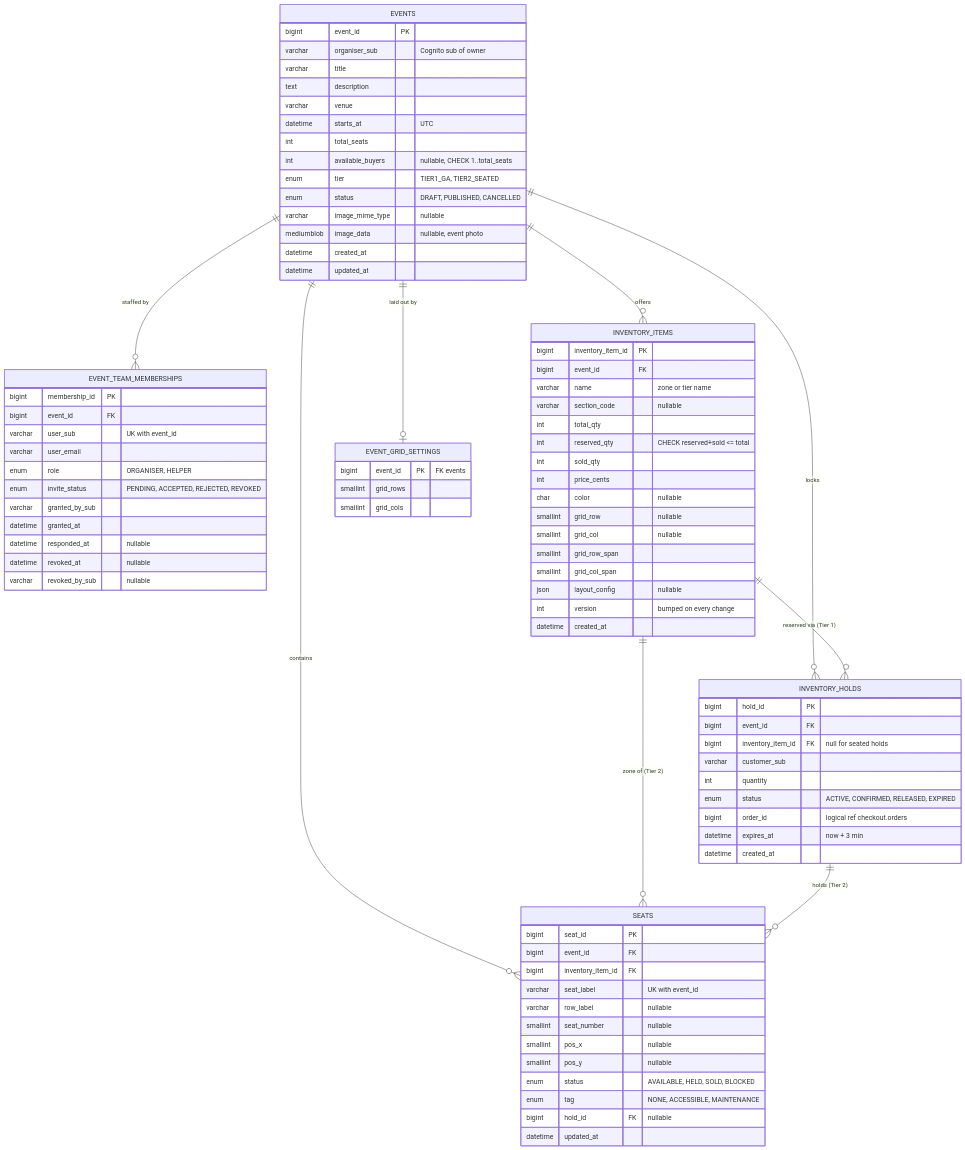
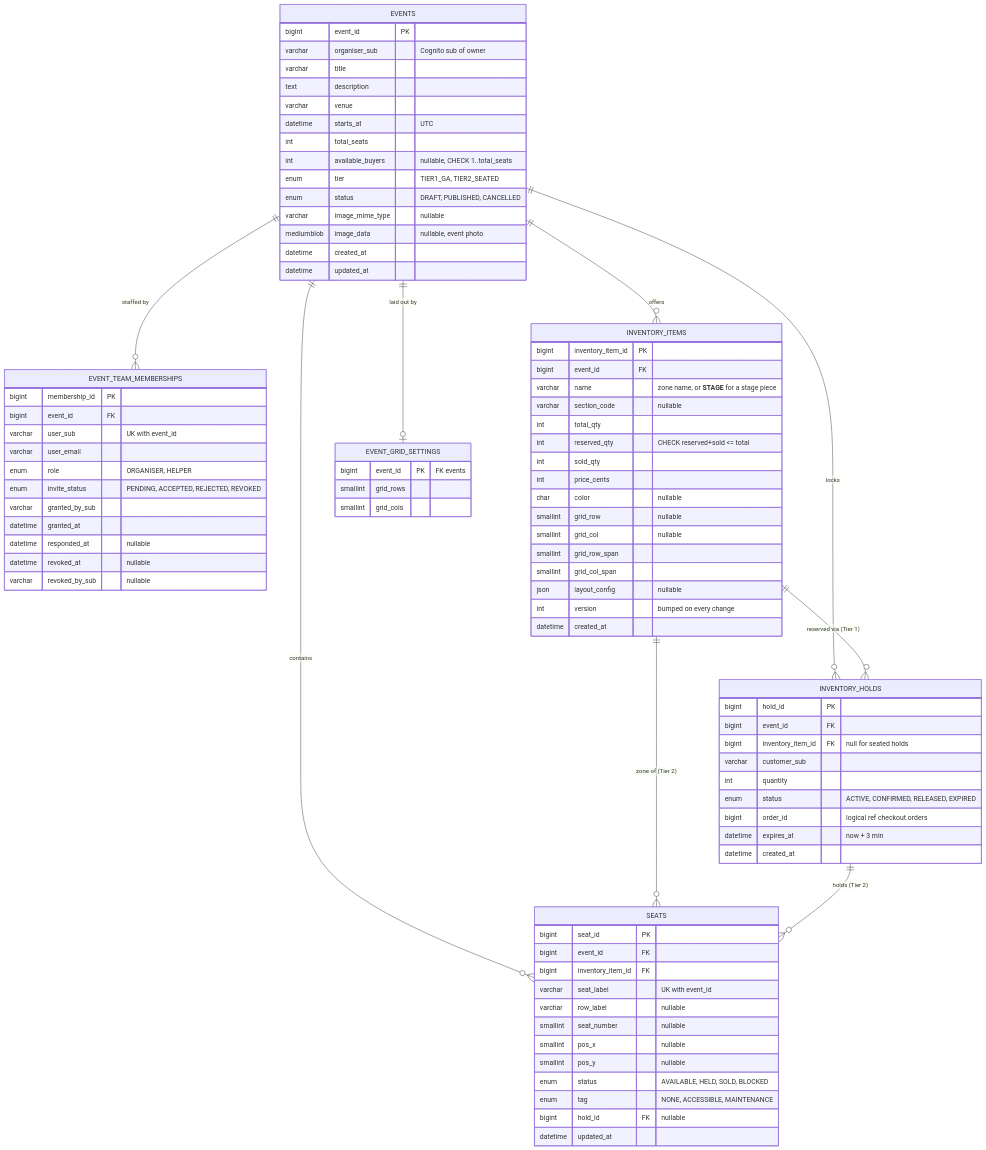
The diagram in diagrams/src/09-erd-event-inventory.mmd (nus-mtech-grp1-sem2/docs), drawn with Mermaid before and after one commit. The commit also changed 37 other files, not shown here.

```diff
--- a/diagrams/src/09-erd-event-inventory.mmd
+++ b/diagrams/src/09-erd-event-inventory.mmd
@@ -1,88 +1,88 @@
-%% Figure: event_inventory schema, as built (checked against the live database, 2026-10-05). Owned by the event and inventory services.
+%% Figure: event_inventory schema, as built (checked against the live database, 2026-10-05; migrations to 19). Owned by the event and inventory services.
 erDiagram
     EVENTS ||--o{ EVENT_TEAM_MEMBERSHIPS : "staffed by"
     EVENTS ||--o{ INVENTORY_ITEMS : offers
     EVENTS ||--o{ SEATS : contains
     EVENTS ||--o{ INVENTORY_HOLDS : locks
     EVENTS ||--o| EVENT_GRID_SETTINGS : "laid out by"
     INVENTORY_ITEMS ||--o{ SEATS : "zone of (Tier 2)"
     INVENTORY_ITEMS ||--o{ INVENTORY_HOLDS : "reserved via (Tier 1)"
     INVENTORY_HOLDS ||--o{ SEATS : "holds (Tier 2)"
 
     EVENTS {
         bigint event_id PK
         varchar organiser_sub "Cognito sub of owner"
         varchar title
         text description
         varchar venue
         datetime starts_at "UTC"
         int total_seats
         int available_buyers "nullable, CHECK 1..total_seats"
         enum tier "TIER1_GA, TIER2_SEATED"
         enum status "DRAFT, PUBLISHED, CANCELLED"
         varchar image_mime_type "nullable"
         mediumblob image_data "nullable, event photo"
         datetime created_at
         datetime updated_at
     }
     EVENT_TEAM_MEMBERSHIPS {
         bigint membership_id PK
         bigint event_id FK
         varchar user_sub "UK with event_id"
         varchar user_email
         enum role "ORGANISER, HELPER"
         enum invite_status "PENDING, ACCEPTED, REJECTED, REVOKED"
         varchar granted_by_sub
         datetime granted_at
         datetime responded_at "nullable"
         datetime revoked_at "nullable"
         varchar revoked_by_sub "nullable"
     }
     INVENTORY_ITEMS {
         bigint inventory_item_id PK
         bigint event_id FK
-        varchar name "zone or tier name"
+        varchar name "zone name, or __STAGE__ for a stage piece"
         varchar section_code "nullable"
         int total_qty
         int reserved_qty "CHECK reserved+sold <= total"
         int sold_qty
         int price_cents
         char color "nullable"
         smallint grid_row "nullable"
         smallint grid_col "nullable"
         smallint grid_row_span
         smallint grid_col_span
         json layout_config "nullable"
         int version "bumped on every change"
         datetime created_at
     }
     SEATS {
         bigint seat_id PK
         bigint event_id FK
         bigint inventory_item_id FK
         varchar seat_label "UK with event_id"
         varchar row_label "nullable"
         smallint seat_number "nullable"
         smallint pos_x "nullable"
         smallint pos_y "nullable"
         enum status "AVAILABLE, HELD, SOLD, BLOCKED"
         enum tag "NONE, ACCESSIBLE, MAINTENANCE"
         bigint hold_id FK "nullable"
         datetime updated_at
     }
     INVENTORY_HOLDS {
         bigint hold_id PK
         bigint event_id FK
         bigint inventory_item_id FK "null for seated holds"
         varchar customer_sub
         int quantity
         enum status "ACTIVE, CONFIRMED, RELEASED, EXPIRED"
         bigint order_id "logical ref checkout.orders"
         datetime expires_at "now + 3 min"
         datetime created_at
     }
     EVENT_GRID_SETTINGS {
         bigint event_id PK "FK events"
         smallint grid_rows
         smallint grid_cols
     }
```
